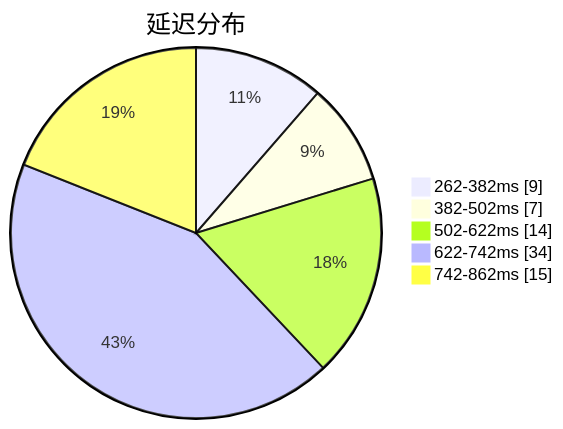
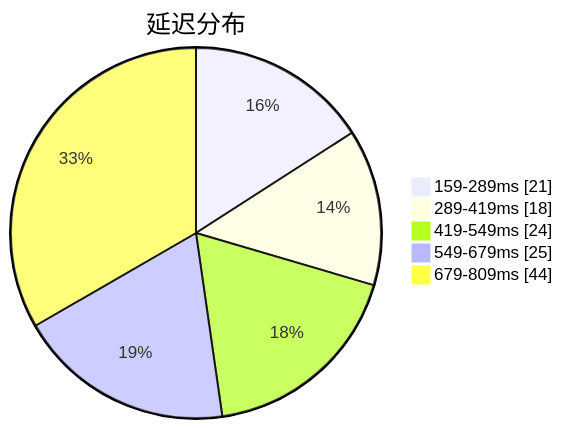
The first of 3 diagrams in subs/statistics/tested_within.md (qjlxg/airport), drawn with Mermaid before and after one commit. The commit also changed other lines of this file and 2 other files, not shown here.

Commit message:
Tested by metaST

````diff
--- a/subs/statistics/tested_within.md
+++ b/subs/statistics/tested_within.md
@@ -2,9 +2,9 @@
 ```mermaid
 pie showData
 title 延迟分布
-"262-382ms" : 9
-"382-502ms" : 7
-"502-622ms" : 14
-"622-742ms" : 34
-"742-862ms" : 15
+"159-289ms" : 21
+"289-419ms" : 18
+"419-549ms" : 24
+"549-679ms" : 25
+"679-809ms" : 44
 ```
````
